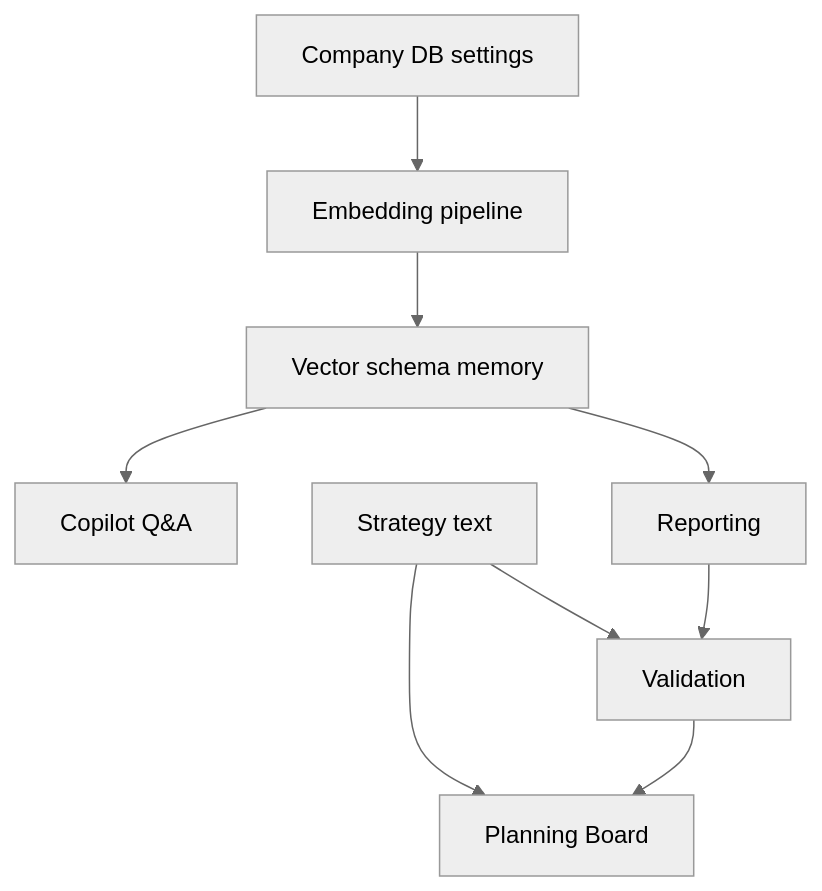
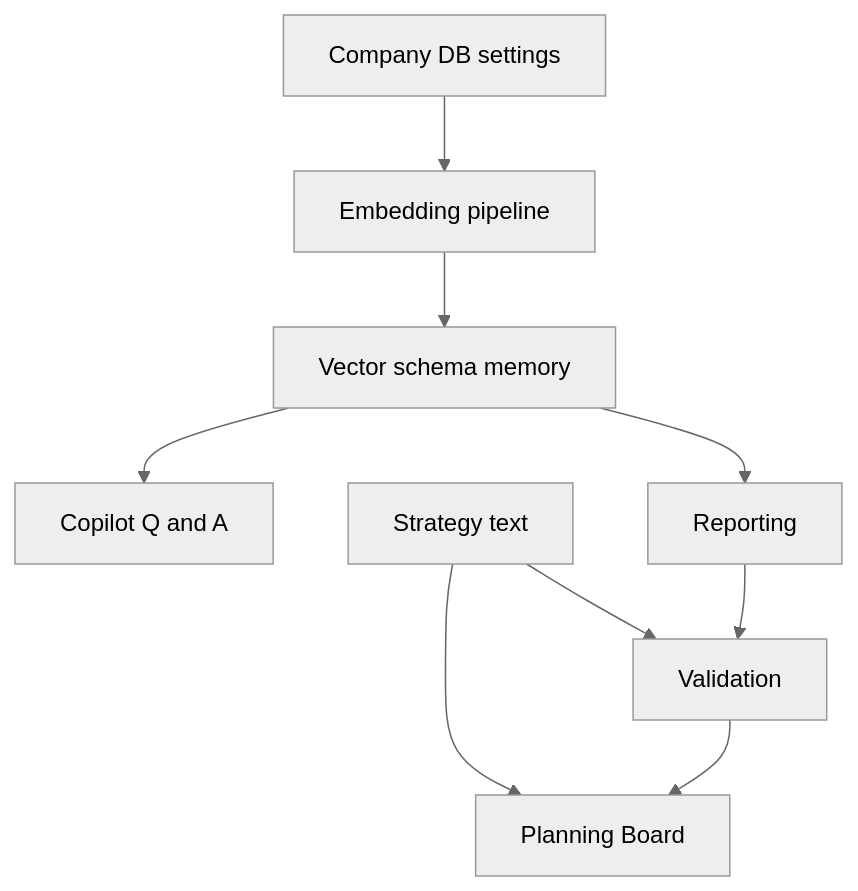
Before and after one commit to RecoMind-Company/RecoMind-AI: diagram 11 of 11 in README.md, drawn with Mermaid (neutral theme). The commit also changed other lines of this file and 12 other files, not shown here.

````diff
--- a/README.md
+++ b/README.md
@@ -832,11 +862,11 @@
 ```mermaid
 flowchart TD
-    A[Company DB settings] --> B[Embedding pipeline]
-    B --> C[Vector schema memory]
-    C --> D[Copilot Q&A]
-    C --> E[Reporting]
-    F[Strategy text] --> G[Validation]
-    F --> H[Planning Board]
+    A["Company DB settings"] --> B["Embedding pipeline"]
+    B --> C["Vector schema memory"]
+    C --> D["Copilot Q and A"]
+    C --> E["Reporting"]
+    F["Strategy text"] --> G["Validation"]
+    F --> H["Planning Board"]
     E --> G
     G --> H
 ```
````
